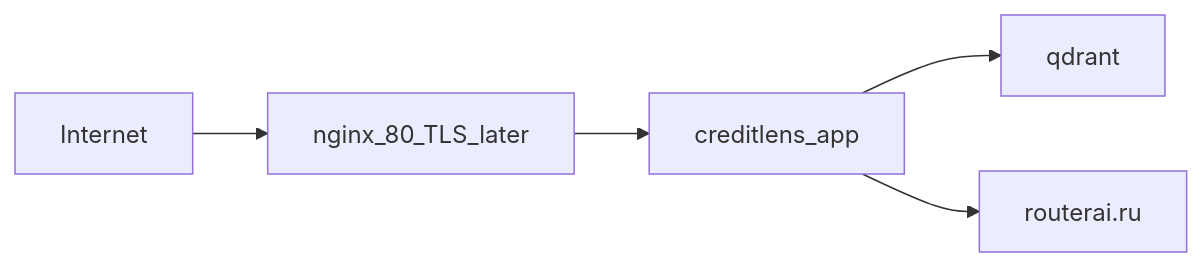
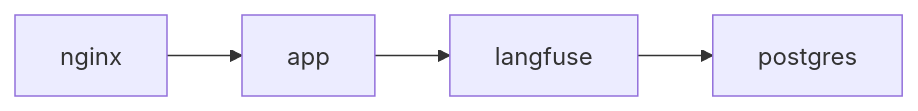
The diagram in docs/screenshots/diagrams/containers.mmd (AdamCage/scoring-ai-agents-langchain), drawn with Mermaid before and after one commit. The commit also changed 80 other files, not shown here.

```diff
--- a/docs/screenshots/diagrams/containers.mmd
+++ b/docs/screenshots/diagrams/containers.mmd
@@ -1,8 +1,8 @@
 flowchart LR
-  Internet[Internet]
-  Nginx[nginx_80_TLS_later]
-  App[creditlens_app]
-  Qdrant[qdrant]
-  Internet --> Nginx --> App
-  App --> Qdrant
-  App --> RouterAI[routerai.ru]
+  Nginx[nginx]
+  App[app]
+  Langfuse[langfuse]
+  Postgres[postgres]
+  Nginx --> App
+  App --> Langfuse
+  Langfuse --> Postgres
```
